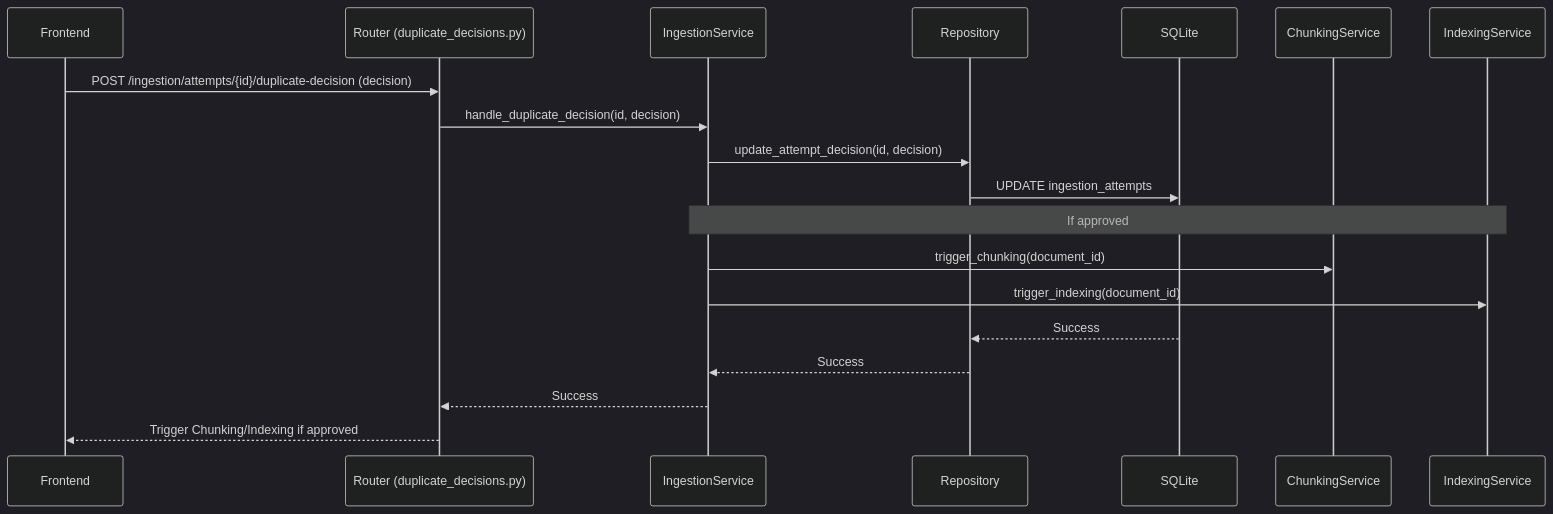
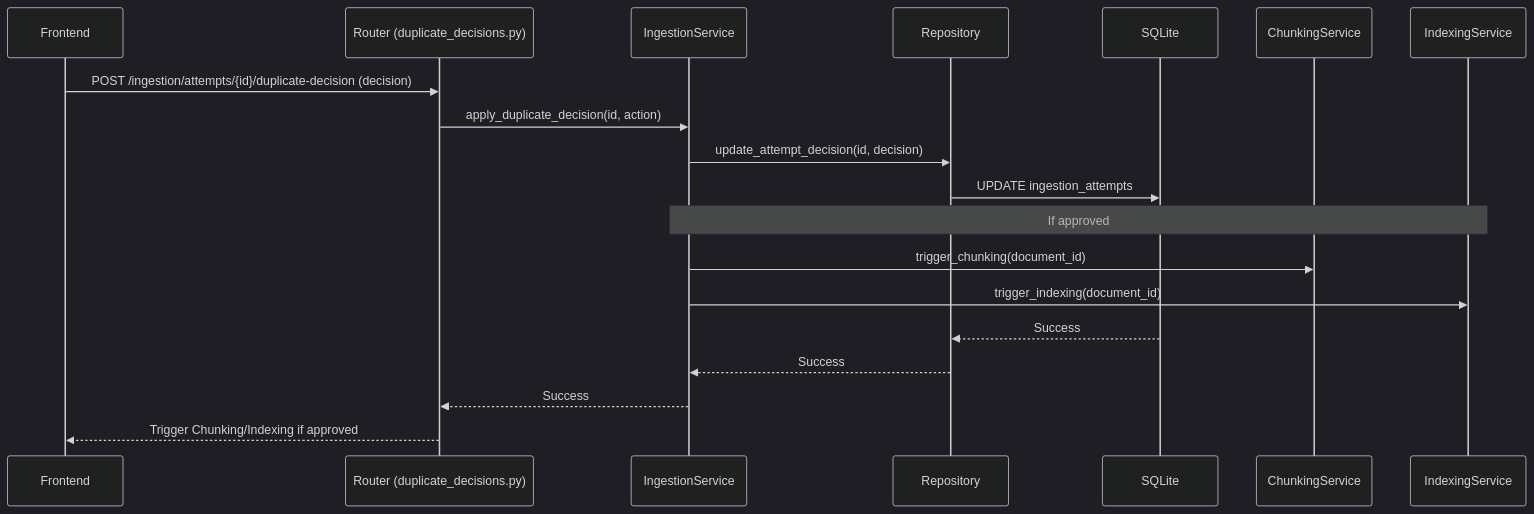
Before and after one commit to thaihai-swe/chatbot-with-data: the diagram in docs/diagrams/api/decide-duplicate.md, drawn with Mermaid (dark theme). The commit also changed 23 other files, not shown here.

Commit message:
Refactor system architecture documentation: streamline content, update feature matrix, and enhance clarity on components and data flow

````diff
--- a/docs/diagrams/api/decide-duplicate.md
+++ b/docs/diagrams/api/decide-duplicate.md
@@ -3,22 +3,22 @@
 ```mermaid
 sequenceDiagram
     participant Frontend
     participant Router as Router (duplicate_decisions.py)
     participant IngestionService
     participant Repository
     participant SQLite
     participant ChunkingService
     participant IndexingService
     
     Frontend->>Router: POST /ingestion/attempts/{id}/duplicate-decision (decision)
-    Router->>IngestionService: handle_duplicate_decision(id, decision)
+    Router->>IngestionService: apply_duplicate_decision(id, action)
     IngestionService->>Repository: update_attempt_decision(id, decision)
     Repository->>SQLite: UPDATE ingestion_attempts
     Note over IngestionService, IndexingService: If approved
     IngestionService->>ChunkingService: trigger_chunking(document_id)
     IngestionService->>IndexingService: trigger_indexing(document_id)
     SQLite-->>Repository: Success
     Repository-->>IngestionService: Success
     IngestionService-->>Router: Success
     Router-->>Frontend: Trigger Chunking/Indexing if approved
 ```
````
